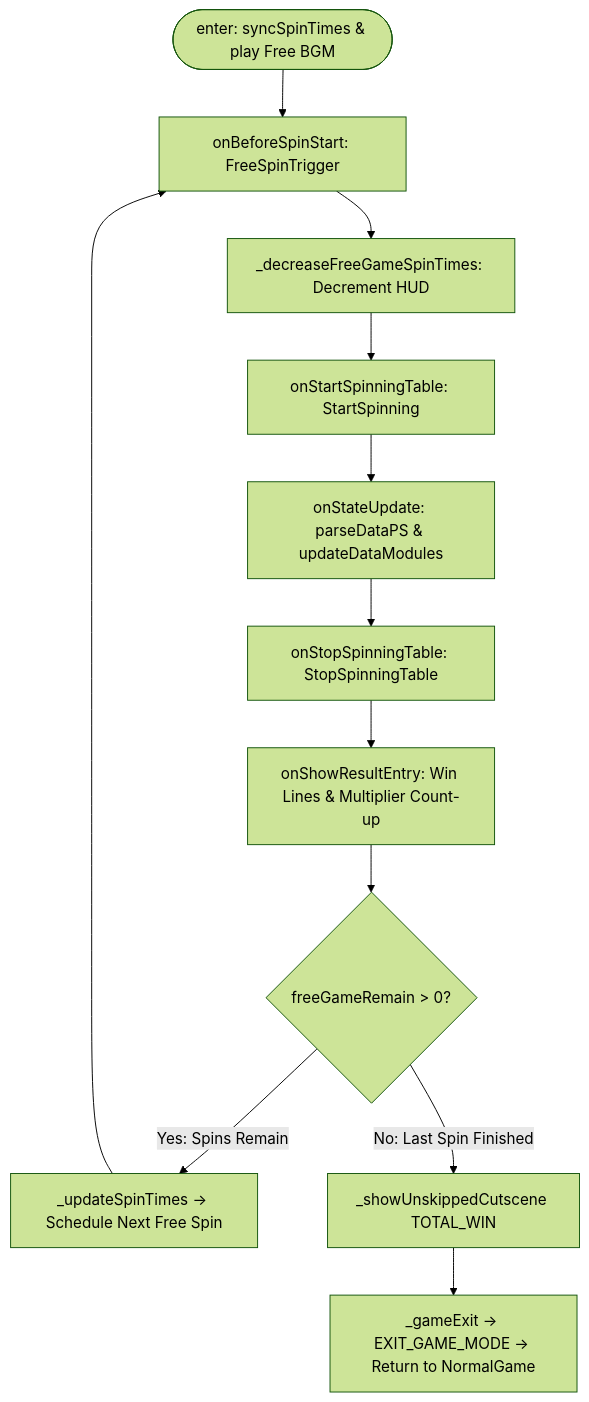
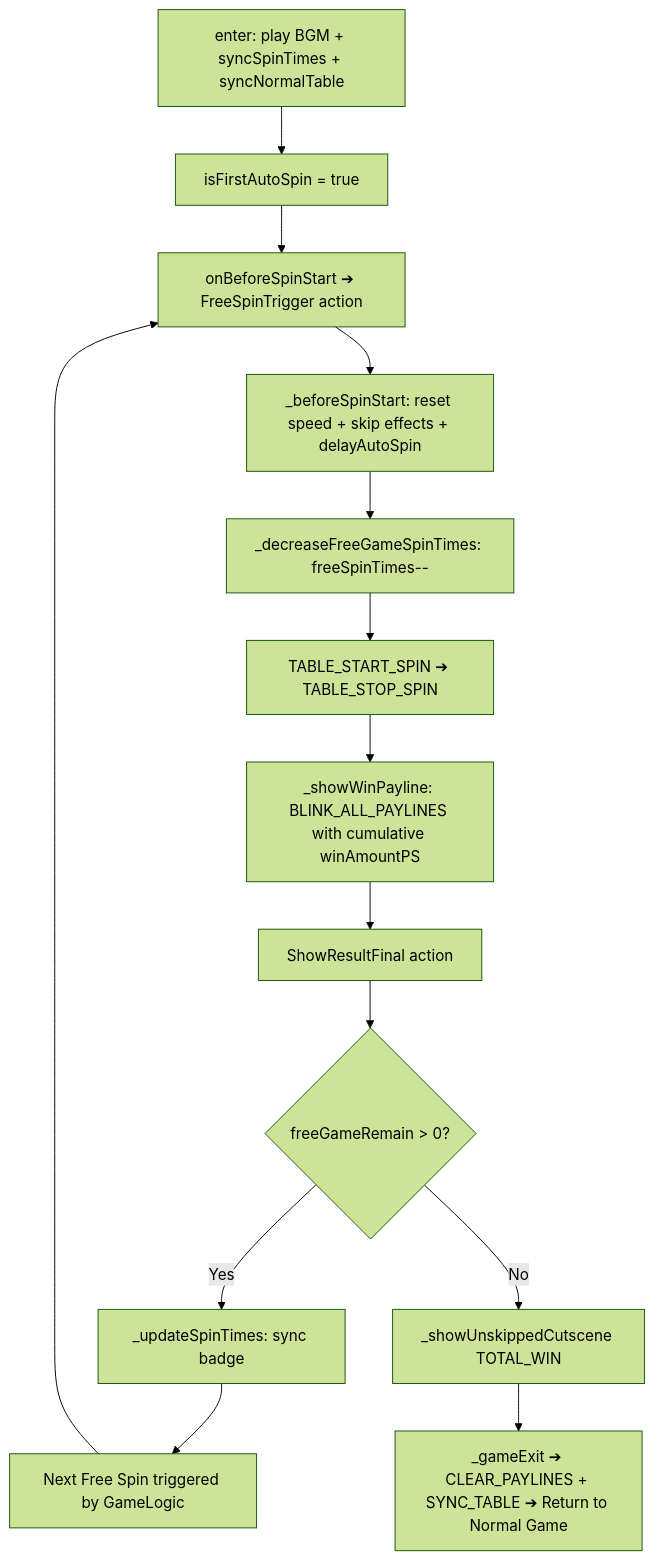
Before and after one commit to lam-ark/mcp-fwcc: the diagram in docs/cc_slot_module/modules/FreeGameDirectorModule/01_overview/03_lifecycle_flowchart.md, drawn with Mermaid (forest theme). The commit also changed other lines of this file and 31 other files, not shown here.

Commit message:
docs: complete comprehensive specifications for FreeGameDirectorModule across all 9 convention folders

````diff
--- a/docs/cc_slot_module/modules/FreeGameDirectorModule/01_overview/03_lifecycle_flowchart.md
+++ b/docs/cc_slot_module/modules/FreeGameDirectorModule/01_overview/03_lifecycle_flowchart.md
@@ -12,16 +12,21 @@
 ```mermaid
 graph TD
-    Entry([enter: syncSpinTimes & play Free BGM]) --> Prep[onBeforeSpinStart: FreeSpinTrigger]
-    Prep --> Decr[_decreaseFreeGameSpinTimes: Decrement HUD]
-    Decr --> Start[onStartSpinningTable: StartSpinning]
-    Start --> Rec[onStateUpdate: parseDataPS & updateDataModules]
-    Rec --> Stop[onStopSpinningTable: StopSpinningTable]
-    Stop --> Win[onShowResultEntry: Win Lines & Multiplier Count-up]
+    Enter[enter: play BGM + syncSpinTimes + syncNormalTable] --> MarkFirst[isFirstAutoSpin = true]
     
-    Win --> RemainCheck{freeGameRemain > 0?}
-    RemainCheck -->|Yes: Spins Remain| SyncCount[_updateSpinTimes -> Schedule Next Free Spin]
-    SyncCount --> Prep
+    MarkFirst --> SpinStart[onBeforeSpinStart ➔ FreeSpinTrigger action]
+    SpinStart --> BeforeSpin[_beforeSpinStart: reset speed + skip effects + delayAutoSpin]
     
-    RemainCheck -->|No: Last Spin Finished| TotalWin[_showUnskippedCutscene TOTAL_WIN]
-    TotalWin --> Exit[_gameExit -> EXIT_GAME_MODE -> Return to NormalGame]
+    BeforeSpin --> Decrement[_decreaseFreeGameSpinTimes: freeSpinTimes--]
+    Decrement --> SpinReels[TABLE_START_SPIN ➔ TABLE_STOP_SPIN]
+    
+    SpinReels --> ShowWin[_showWinPayline: BLINK_ALL_PAYLINES with cumulative winAmountPS]
+    ShowWin --> ResultFinal[ShowResultFinal action]
+    
+    ResultFinal --> CheckSpins{freeGameRemain > 0?}
+    CheckSpins -->|Yes| UpdateBadge[_updateSpinTimes: sync badge]
+    UpdateBadge --> AutoNext[Next Free Spin triggered by GameLogic]
+    AutoNext --> SpinStart
+    
+    CheckSpins -->|No| FinalWin[_showUnskippedCutscene TOTAL_WIN]
+    FinalWin --> Exit[_gameExit ➔ CLEAR_PAYLINES + SYNC_TABLE ➔ Return to Normal Game]
 ```
````
